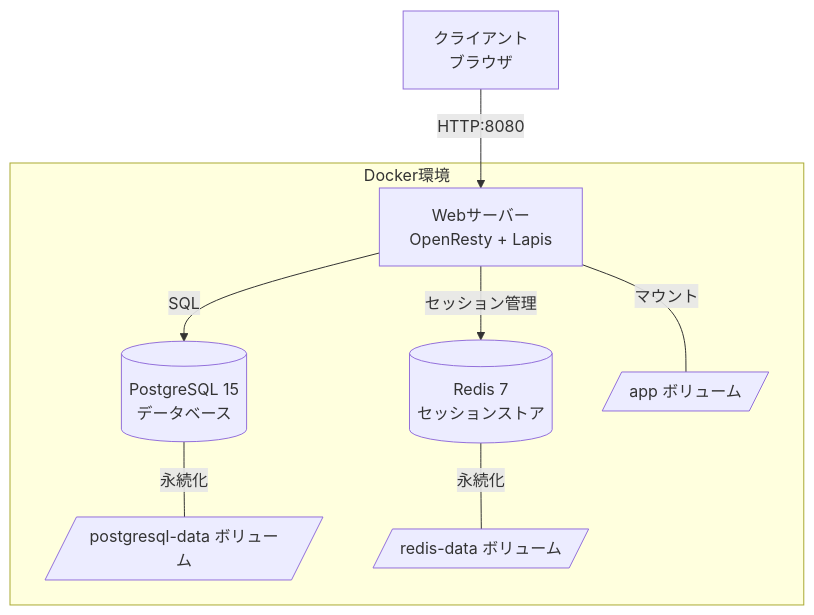
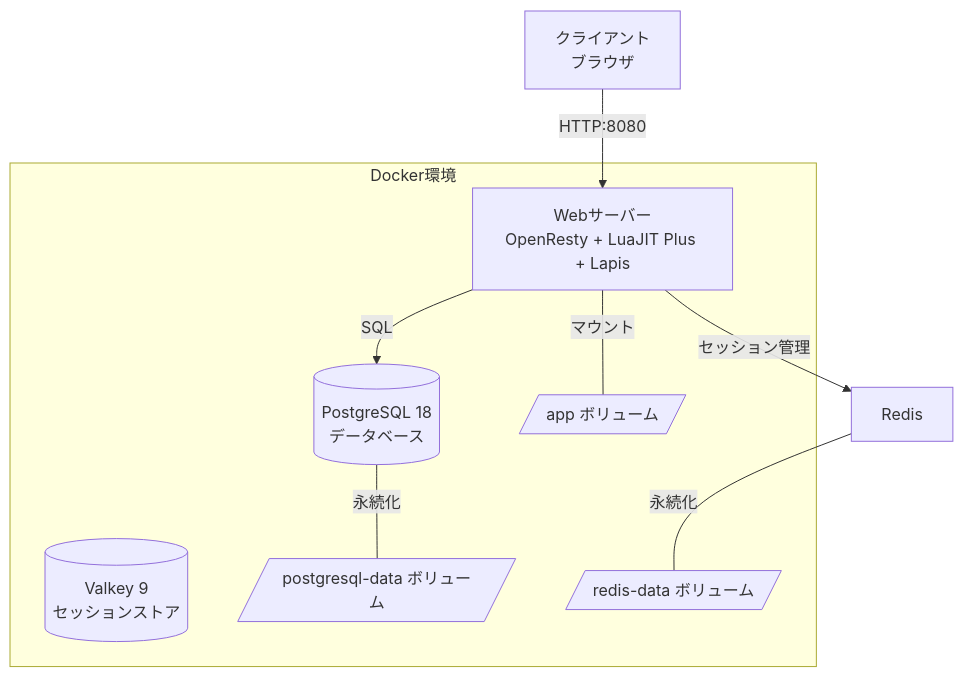
Before and after one commit to hawkie275/LuaAIDiary: the diagram in ARCHITECTURE.md, drawn with Mermaid. The commit also changed other lines of this file and 4 other files, not shown here.

Commit message:
Build OpenResty with LuaJIT Plus

````diff
--- a/ARCHITECTURE.md
+++ b/ARCHITECTURE.md
@@ -9,19 +9,19 @@
 ```mermaid
 graph TB
     Client[クライアント<br/>ブラウザ]
     subgraph Docker環境
-        Web[Webサーバー<br/>OpenResty + Lapis]
-        DB[(PostgreSQL 15<br/>データベース)]
-        Redis[(Redis 7<br/>セッションストア)]
+        Web[Webサーバー<br/>OpenResty + LuaJIT Plus + Lapis]
+        DB[(PostgreSQL 18<br/>データベース)]
+        Valkey[(Valkey 9<br/>セッションストア)]
         WebVol[/app ボリューム/]
         DBVol[/postgresql-data ボリューム/]
         RedisVol[/redis-data ボリューム/]
     end
 
     Client -->|HTTP:8080| Web
     Web -->|SQL| DB
     Web -->|セッション管理| Redis
     Web ---|マウント| WebVol
     DB ---|永続化| DBVol
     Redis ---|永続化| RedisVol
 ```
````
